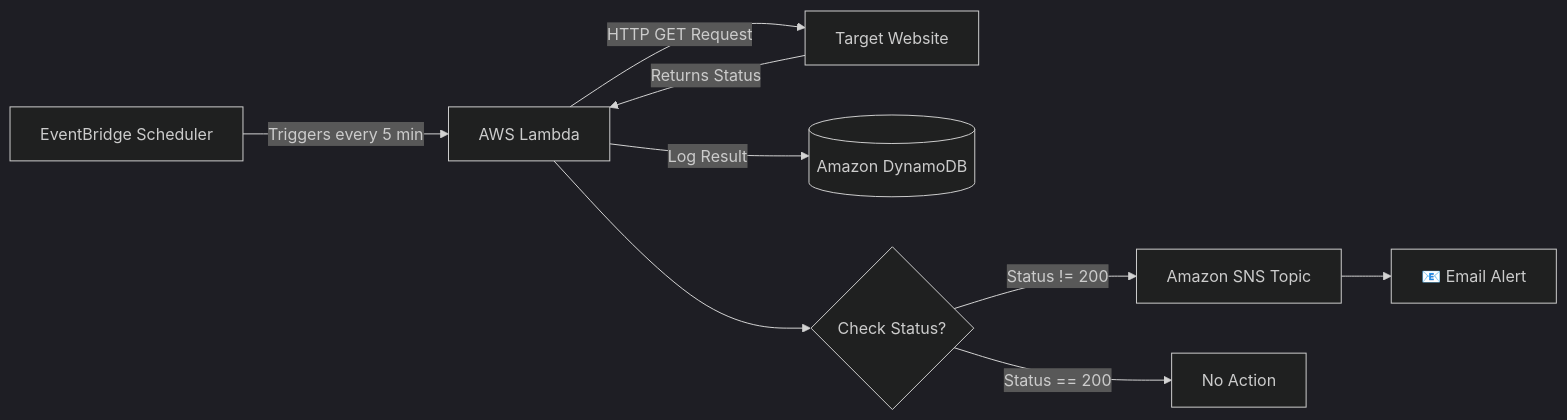
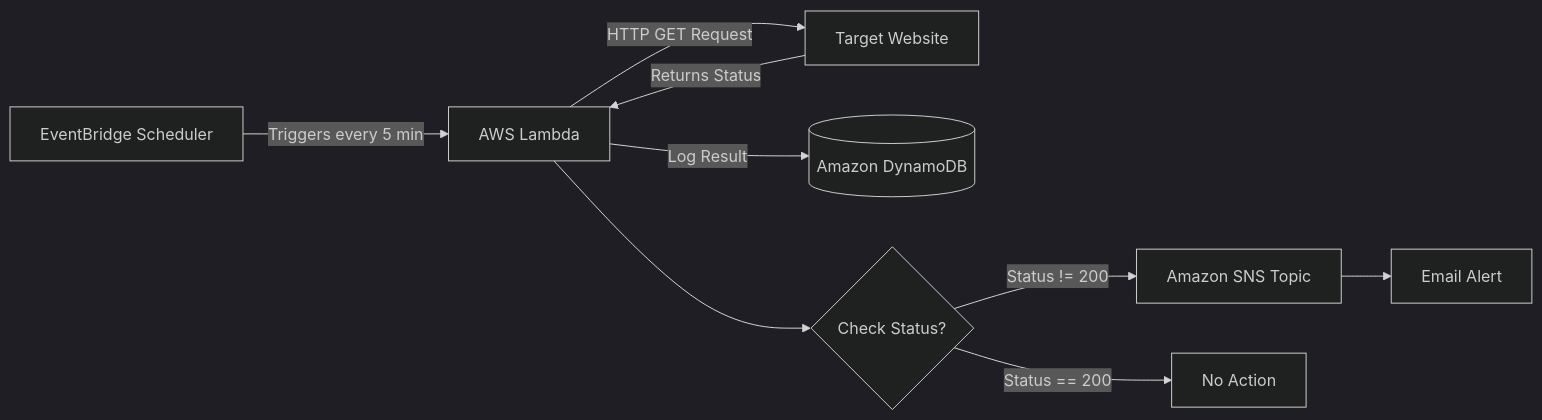
The diagram in README.md (imabhi165/aws-uptime-monitor), drawn with Mermaid (dark theme) before and after one commit. The commit also changed other lines of this file, not shown here.

````diff
--- a/README.md
+++ b/README.md
@@ -9,11 +9,11 @@
 ```mermaid
 flowchart LR
     A[EventBridge Scheduler] -->|Triggers every 5 min| B[AWS Lambda]
     B -->|HTTP GET Request| C[Target Website]
     C -->|Returns Status| B
     B -->|Log Result| D[(Amazon DynamoDB)]
     B --> E{Check Status?}
     E -->|Status != 200| F[Amazon SNS Topic]
-    F --> G[📧 Email Alert]
+    F --> G[Email Alert]
     E -->|Status == 200| H[No Action]
 ```
````
